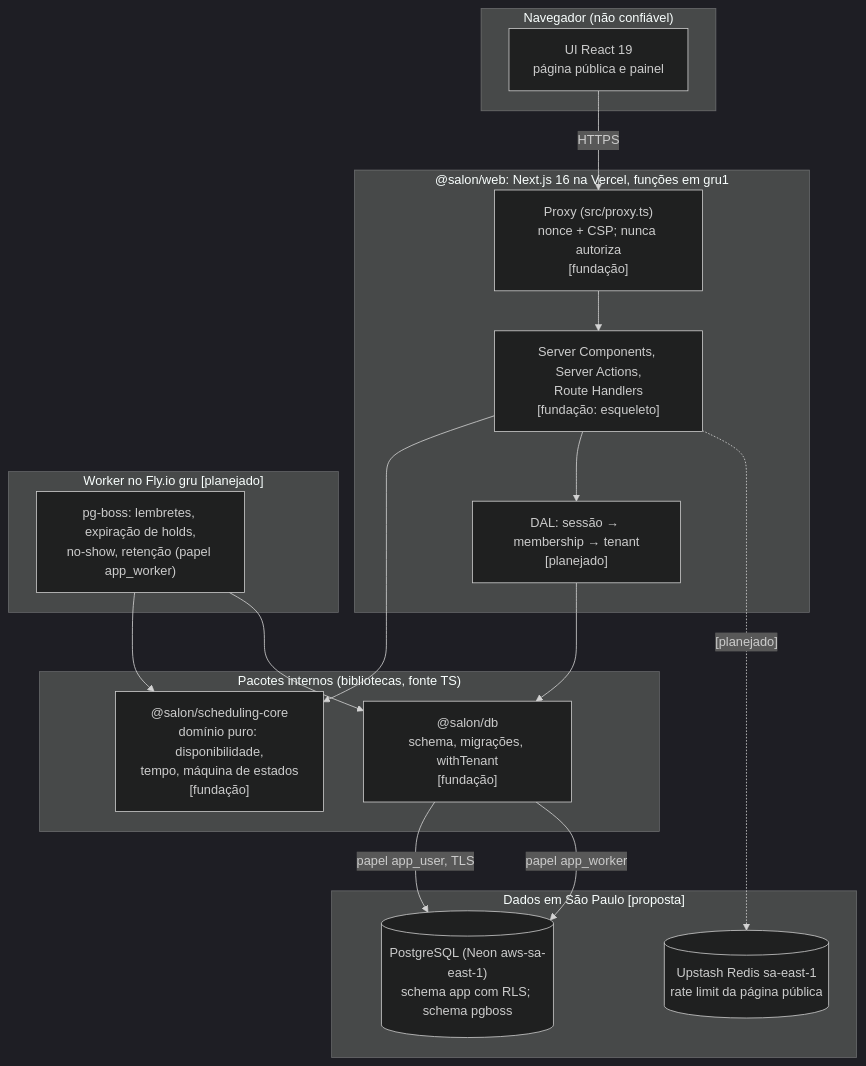
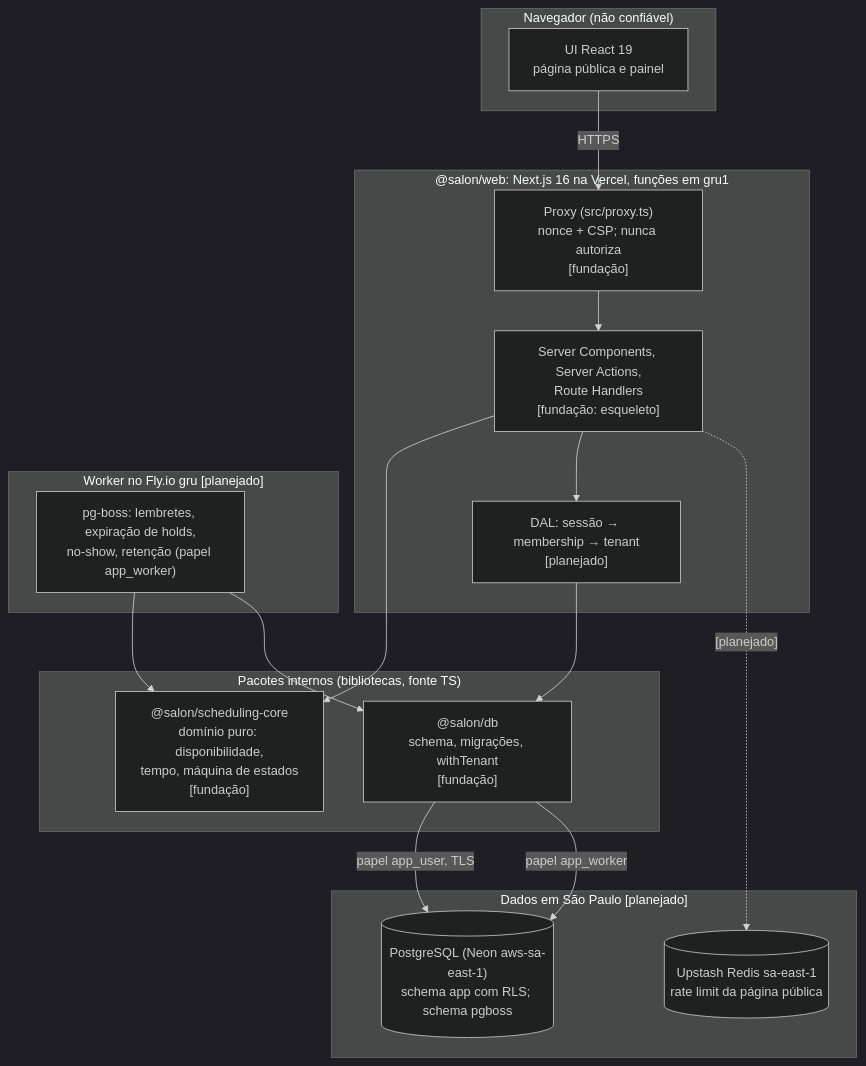
Before and after one commit to lucasvianaemp40-byte/databricks: the second of 5 diagrams in docs/arquitetura.md, drawn with Mermaid (dark theme). The commit also changed other lines of this file and 27 other files, not shown here.

````diff
--- a/docs/arquitetura.md
+++ b/docs/arquitetura.md
@@ -52,35 +52,35 @@
 ```mermaid
 flowchart TB
   subgraph navegador["Navegador (não confiável)"]
     ui["UI React 19<br/>página pública e painel"]
   end
 
   subgraph web["@salon/web: Next.js 16 na Vercel, funções em gru1"]
     proxy["Proxy (src/proxy.ts)<br/>nonce + CSP; nunca autoriza<br/>[fundação]"]
     app["Server Components, Server Actions,<br/>Route Handlers<br/>[fundação: esqueleto]"]
     dal["DAL: sessão → membership → tenant<br/>[planejado]"]
   end
 
   subgraph libs["Pacotes internos (bibliotecas, fonte TS)"]
     core["@salon/scheduling-core<br/>domínio puro: disponibilidade,<br/>tempo, máquina de estados<br/>[fundação]"]
     db["@salon/db<br/>schema, migrações, withTenant<br/>[fundação]"]
   end
 
   subgraph worker["Worker no Fly.io gru [planejado]"]
     jobs["pg-boss: lembretes, expiração de holds,<br/>no-show, retenção (papel app_worker)"]
   end
 
-  subgraph dados["Dados em São Paulo [proposta]"]
+  subgraph dados["Dados em São Paulo [planejado]"]
     pg[("PostgreSQL (Neon aws-sa-east-1)<br/>schema app com RLS; schema pgboss")]
     redis[("Upstash Redis sa-east-1<br/>rate limit da página pública")]
   end
 
   ui -->|HTTPS| proxy --> app
   app --> core
   app --> dal --> db
   db -->|"papel app_user, TLS"| pg
   jobs --> core
   jobs --> db
   db -->|"papel app_worker"| pg
   app -.->|"[planejado]"| redis
 ```
````
